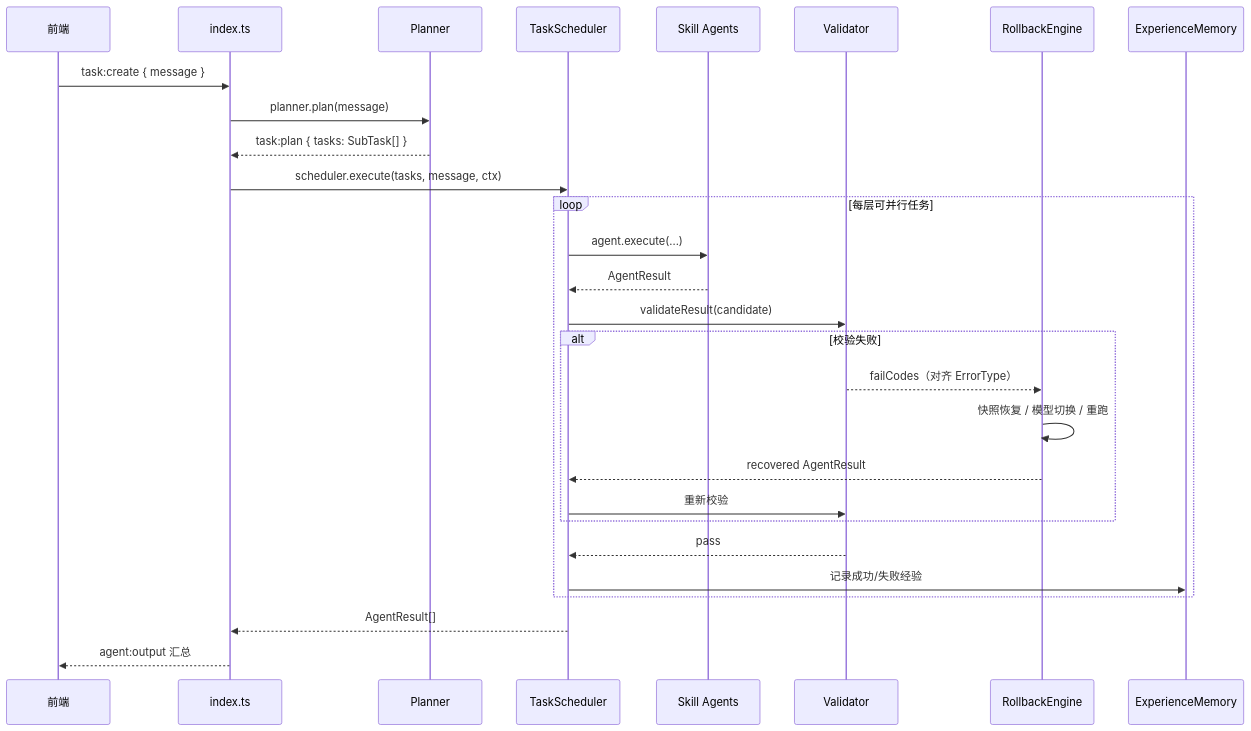
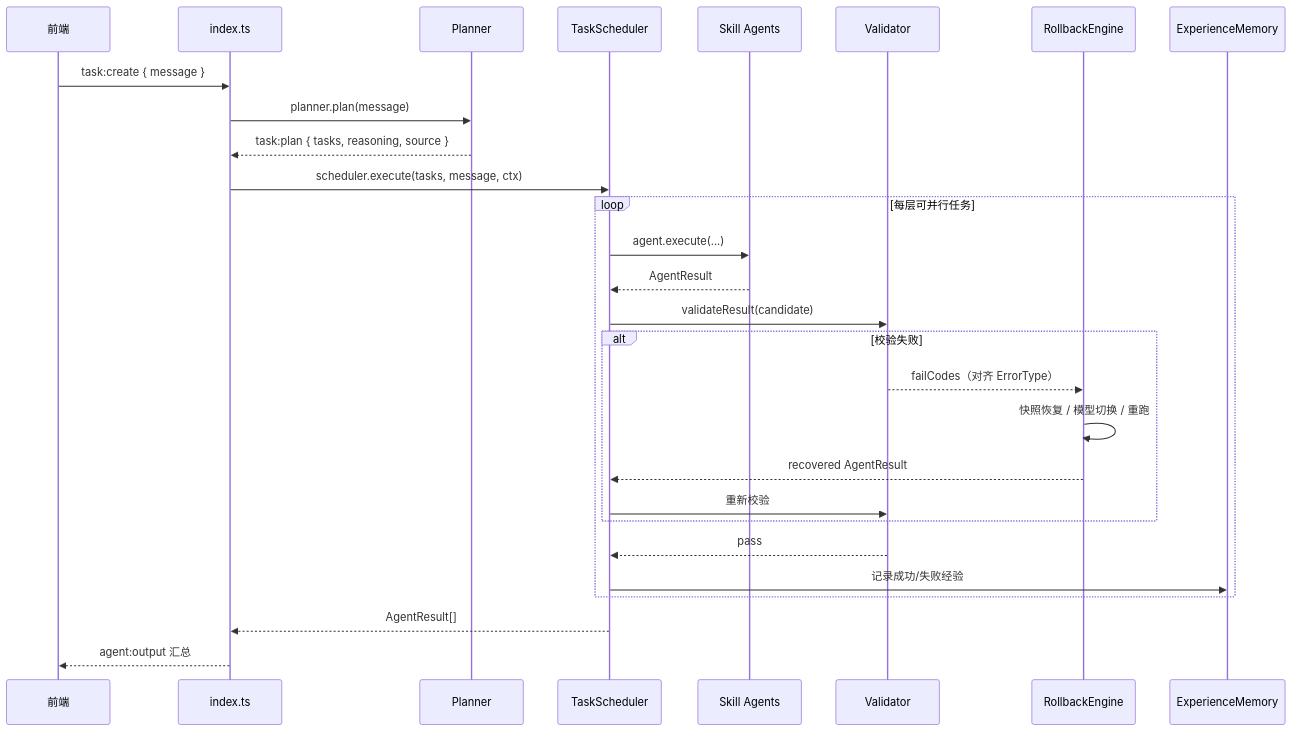
Before and after one commit to LIUFelix2004/Hiclaw-roundtableOS: the first of 2 diagrams in docs/ARCHITECTURE.md, drawn with Mermaid. The commit also changed other lines of this file and 12 other files, not shown here.

````diff
--- a/docs/ARCHITECTURE.md
+++ b/docs/ARCHITECTURE.md
@@ -54,31 +54,31 @@
 ```mermaid
 sequenceDiagram
   participant U as 前端
   participant I as index.ts
   participant P as Planner
   participant S as TaskScheduler
   participant A as Skill Agents
   participant V as Validator
   participant R as RollbackEngine
   participant M as ExperienceMemory
 
   U->>I: task:create { message }
   I->>P: planner.plan(message)
-  P-->>I: task:plan { tasks: SubTask[] }
+  P-->>I: task:plan { tasks, reasoning, source }
   I->>S: scheduler.execute(tasks, message, ctx)
   loop 每层可并行任务
     S->>A: agent.execute(...)
     A-->>S: AgentResult
     S->>V: validateResult(candidate)
     alt 校验失败
       V-->>R: failCodes（对齐 ErrorType）
       R->>R: 快照恢复 / 模型切换 / 重跑
       R-->>S: recovered AgentResult
       S->>V: 重新校验
     end
     V-->>S: pass
     S->>M: 记录成功/失败经验
   end
   S-->>I: AgentResult[]
   I-->>U: agent:output 汇总
 ```
````
